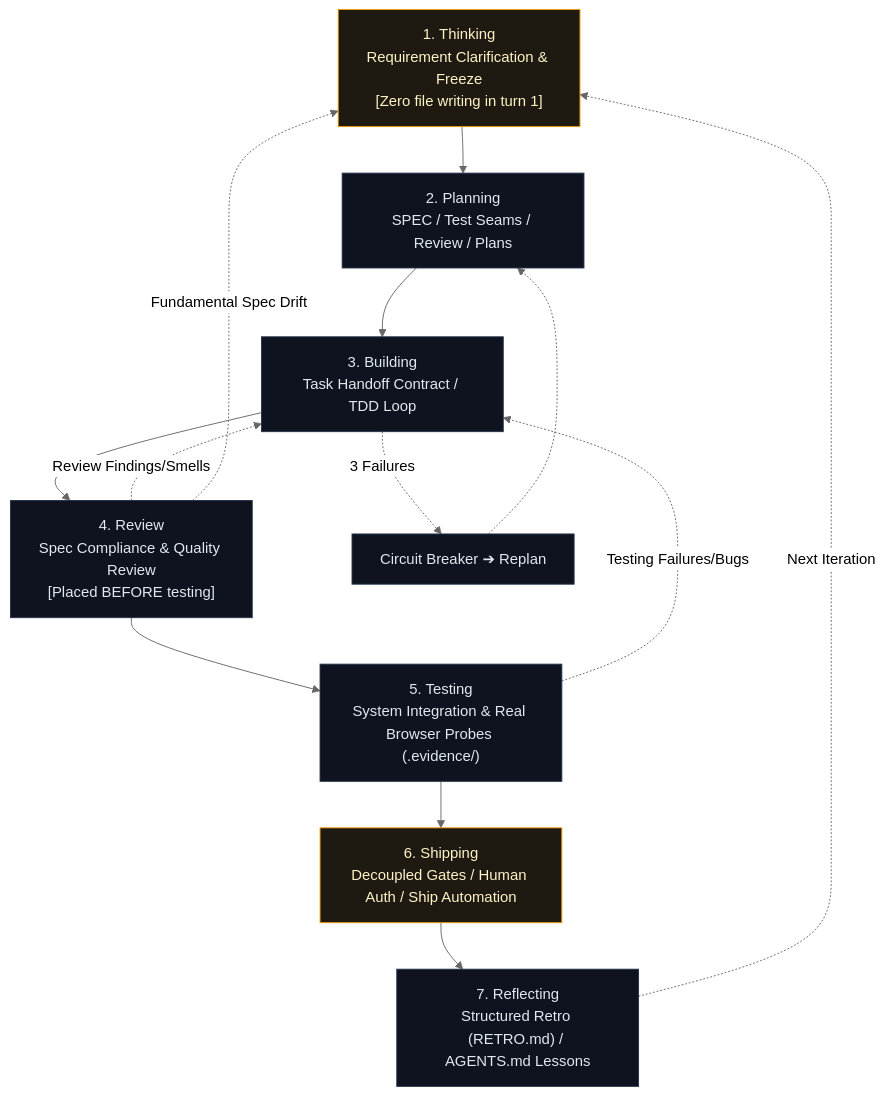
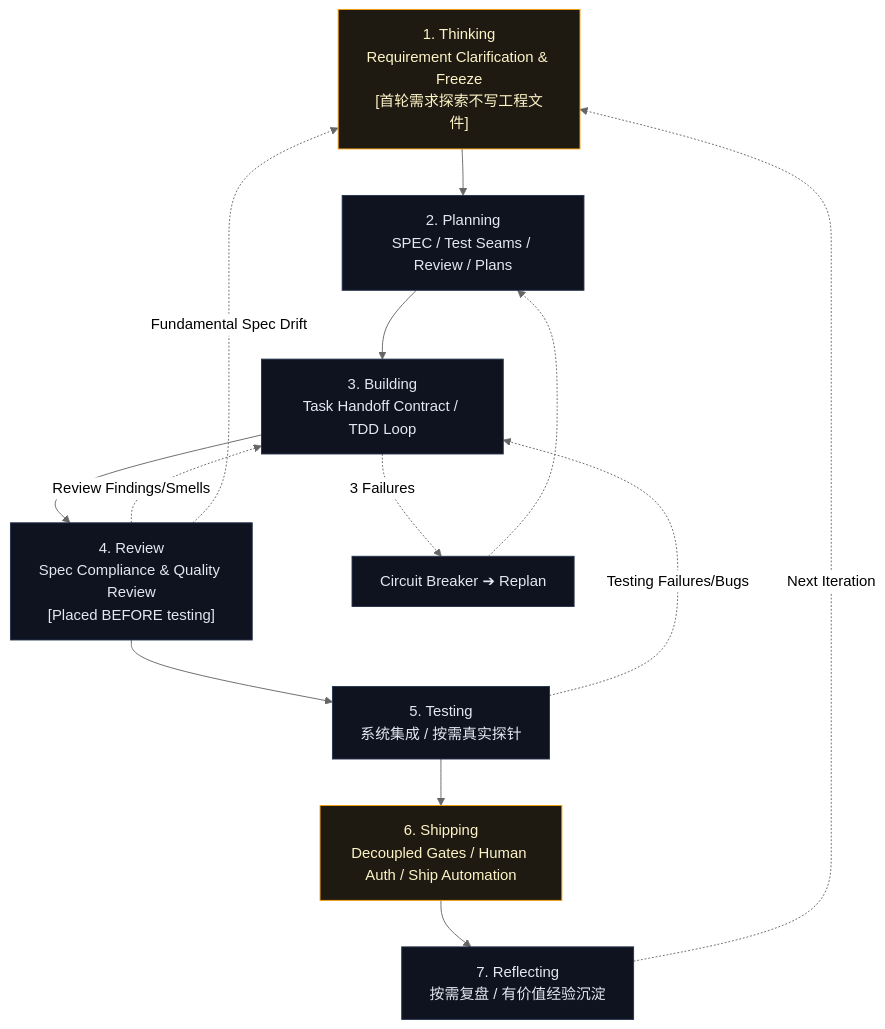
One commit to sz-xiaohuolong/vibe-workflow changed the diagram in README.md. Above: the diagram before and after it, drawn with Mermaid (neutral theme). The commit also changed other lines of this file and 19 other files, not shown here.

````diff
--- a/README.md
+++ b/README.md
@@ -76,21 +76,21 @@
 ```mermaid
 flowchart TD
-    S1["1. Thinking<br/>Requirement Clarification & Freeze<br/>[Zero file writing in turn 1]"] --> S2["2. Planning<br/>SPEC / Test Seams / Review / Plans"]
+    S1["1. Thinking<br/>Requirement Clarification & Freeze<br/>[首轮需求探索不写工程文件]"] --> S2["2. Planning<br/>SPEC / Test Seams / Review / Plans"]
     S2 --> S3["3. Building<br/>Task Handoff Contract / TDD Loop"]
     S3 --> S4["4. Review<br/>Spec Compliance & Quality Review<br/>[Placed BEFORE testing]"]
-    S4 --> S5["5. Testing<br/>System Integration & Real Browser Probes (.evidence/)"]
+    S4 --> S5["5. Testing<br/>系统集成 / 按需真实探针"]
     S5 --> S6["6. Shipping<br/>Decoupled Gates / Human Auth / Ship Automation"]
-    S6 --> S7["7. Reflecting<br/>Structured Retro (RETRO.md) / AGENTS.md Lessons"]
+    S6 --> S7["7. Reflecting<br/>按需复盘 / 有价值经验沉淀"]
     S7 -.->|Next Iteration| S1
 
     %% Failure recovery loops
     S3 -.->|3 Failures| CB[Circuit Breaker ➔ Replan]
     CB -.-> S2
     S4 -.->|Review Findings/Smells| S3
     S5 -.->|Testing Failures/Bugs| S3
     S4 -.->|Fundamental Spec Drift| S1
 
     classDef default fill:#0e131f,stroke:#26334d,color:#e2e8f0;
     classDef gate fill:#1e1a11,stroke:#f59e0b,color:#fef3c7;
     class S1,S6 gate;
 ```
````
